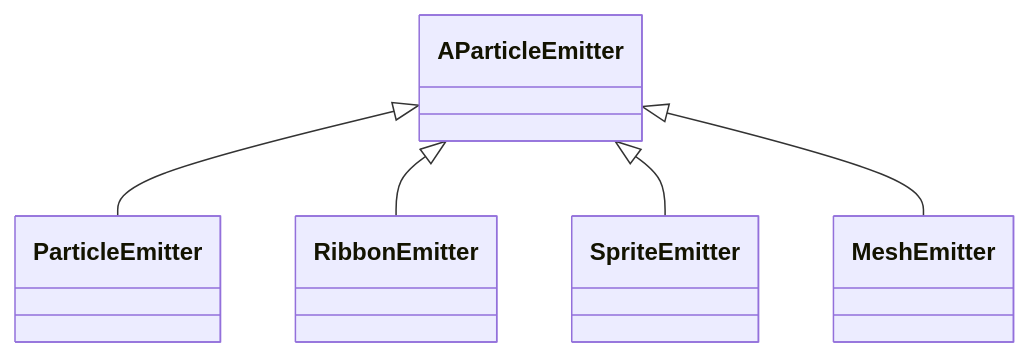
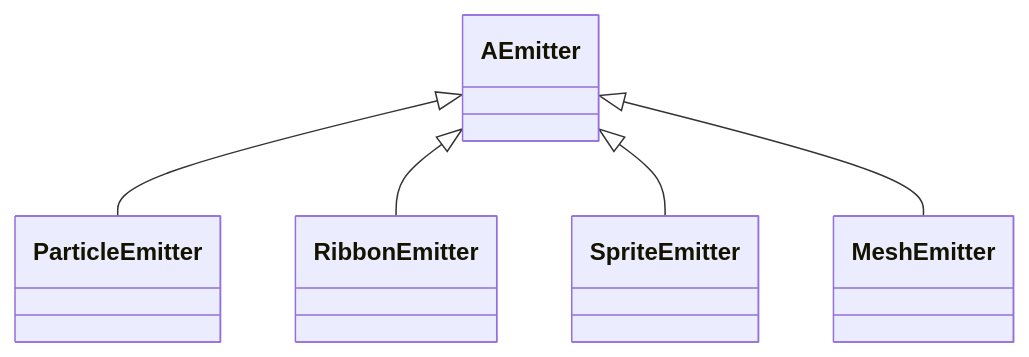
One commit to jooyounghan/ProjectA changed the first of 2 diagrams in README.md. Above: the diagram before and after it, drawn with Mermaid. The commit also changed other lines of this file and 30 other files, not shown here.

````diff
--- a/README.md
+++ b/README.md
@@ -17,12 +18,12 @@
 	```mermaid
 	classDiagram
-		class AParticleEmitter
+		class AEmitter
 		class ParticleEmitter
 		class RibbonEmitter
 		class SpriteEmitter
 		class MeshEmitter
-		AParticleEmitter <|-- ParticleEmitter
-		AParticleEmitter <|-- RibbonEmitter
-		AParticleEmitter <|-- SpriteEmitter
-		AParticleEmitter <|-- MeshEmitter
+		AEmitter <|-- ParticleEmitter
+		AEmitter <|-- RibbonEmitter
+		AEmitter<|-- SpriteEmitter
+		AEmitter <|-- MeshEmitter
 	```
````
